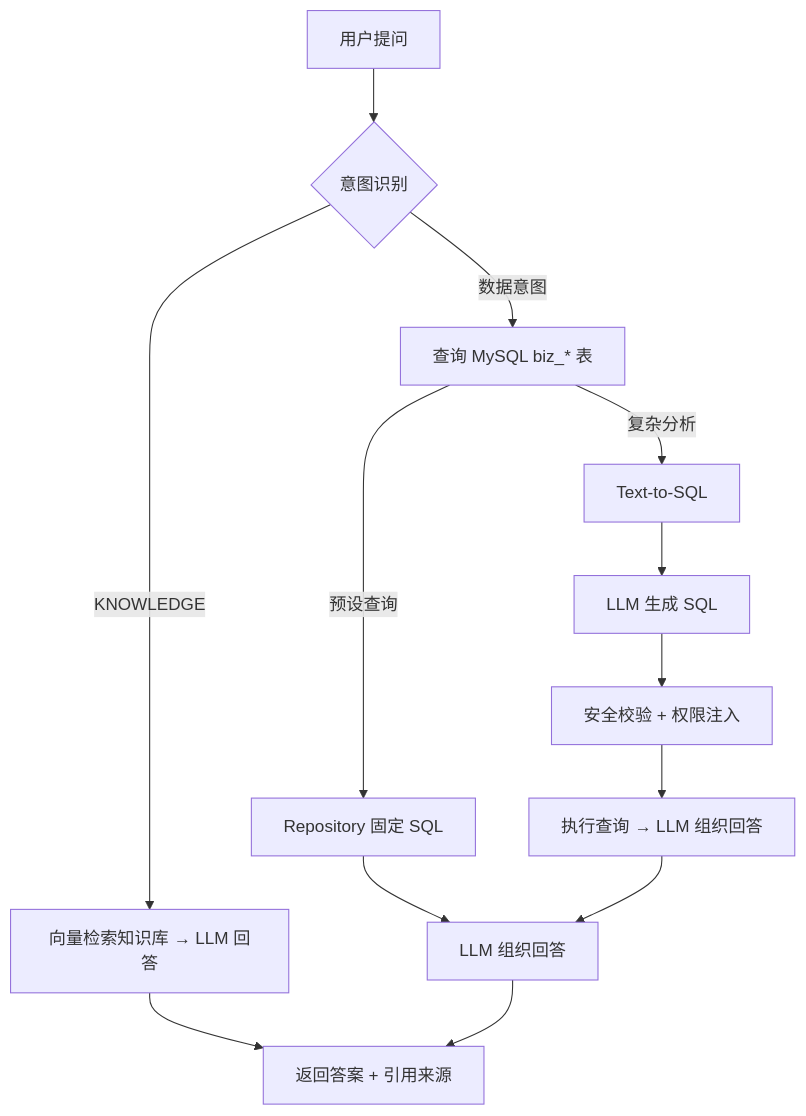
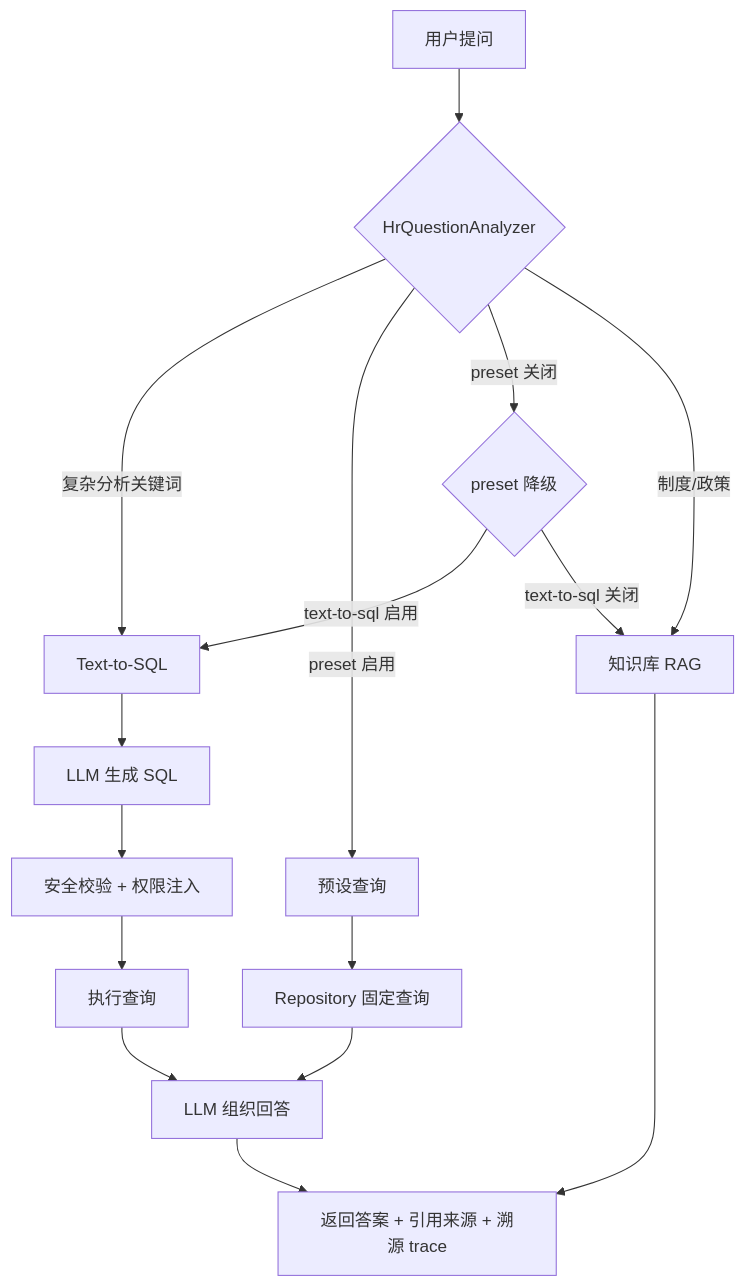
Before and after one commit to xtao404/hr-service-ai: the diagram in README.md, drawn with Mermaid. The commit also changed other lines of this file and 1 other file, not shown here.

````diff
--- a/README.md
+++ b/README.md
@@ -171,15 +238,18 @@
 ```mermaid
 flowchart TD
-    Q[用户提问] --> I{意图识别}
-    I -->|KNOWLEDGE| RAG[向量检索知识库 → LLM 回答]
-    I -->|数据意图| DB[查询 MySQL biz_* 表]
-    DB -->|预设查询| P[Repository 固定 SQL]
-    DB -->|复杂分析| T[Text-to-SQL]
-    T --> S[LLM 生成 SQL]
+    Q[用户提问] --> I{HrQuestionAnalyzer}
+    I -->|复杂分析关键词| TTS[Text-to-SQL]
+    I -->|preset 启用| PRE[预设查询]
+    I -->|preset 关闭| FB{preset 降级}
+    FB -->|text-to-sql 启用| TTS
+    FB -->|text-to-sql 关闭| RAG
+    I -->|制度/政策| RAG[知识库 RAG]
+    TTS --> S[LLM 生成 SQL]
     S --> V[安全校验 + 权限注入]
-    V --> E[执行查询 → LLM 组织回答]
-    P --> L[LLM 组织回答]
-    E --> L
-    RAG --> A[返回答案 + 引用来源]
+    V --> E[执行查询]
+    PRE --> P[Repository 固定查询]
+    E --> L[LLM 组织回答]
+    P --> L
+    RAG --> A[返回答案 + 引用来源 + 溯源 trace]
     L --> A
 ```
````
